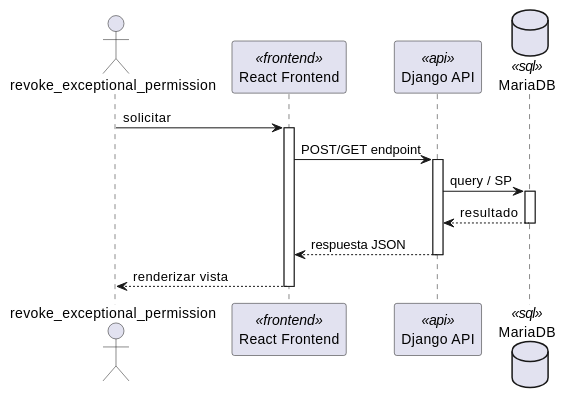
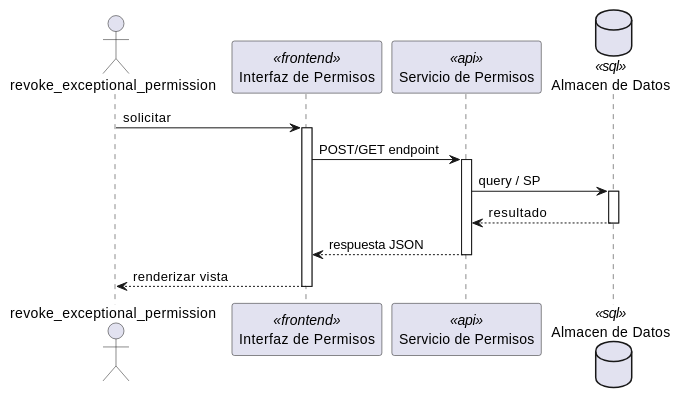
One commit to jcg-admin/IACT-docs changed the first of 2 diagrams in source/arquitectura-tecnica/DesignView/perm-04.rst. Above: the diagram before and after it, drawn with PlantUML. The commit also changed other lines of this file and 243 other files, not shown here.

First line of the commit message:
Add missing diagrams and fix participant names across Kruchten views

```diff
--- a/source/arquitectura-tecnica/DesignView/perm-04.rst
+++ b/source/arquitectura-tecnica/DesignView/perm-04.rst
@@ -22,28 +22,28 @@
 .. uml::
  :caption: UC_PERM_04 — Design View (secuencia)
 
  @startuml
 
  actor "revoke_exceptional_permission" as revoke_exceptional_permission
- participant "React Frontend" as Frontend <<frontend>>
- participant "Django API" as APIServer <<api>>
- database "MariaDB" as BaseDatos <<sql>>
+ participant "Interfaz de Permisos" as Iface <<frontend>>
+ participant "Servicio de Permisos" as SvcNode <<api>>
+ database "Almacen de Datos" as Store <<sql>>
 
- revoke_exceptional_permission -> Frontend : solicitar
- activate Frontend
+ revoke_exceptional_permission -> Iface : solicitar
+ activate Iface
 
- Frontend -> APIServer : POST/GET endpoint
- activate APIServer
+ Iface -> SvcNode : POST/GET endpoint
+ activate SvcNode
 
- APIServer -> BaseDatos : query / SP
- activate BaseDatos
- BaseDatos --> APIServer : resultado
- deactivate BaseDatos
+ SvcNode -> Store : query / SP
+ activate Store
+ Store --> SvcNode : resultado
+ deactivate Store
 
- APIServer --> Frontend : respuesta JSON
- deactivate APIServer
+ SvcNode --> Iface : respuesta JSON
+ deactivate SvcNode
 
- Frontend --> revoke_exceptional_permission : renderizar vista
- deactivate Frontend
+ Iface --> revoke_exceptional_permission : renderizar vista
+ deactivate Iface
 
  @enduml
```
